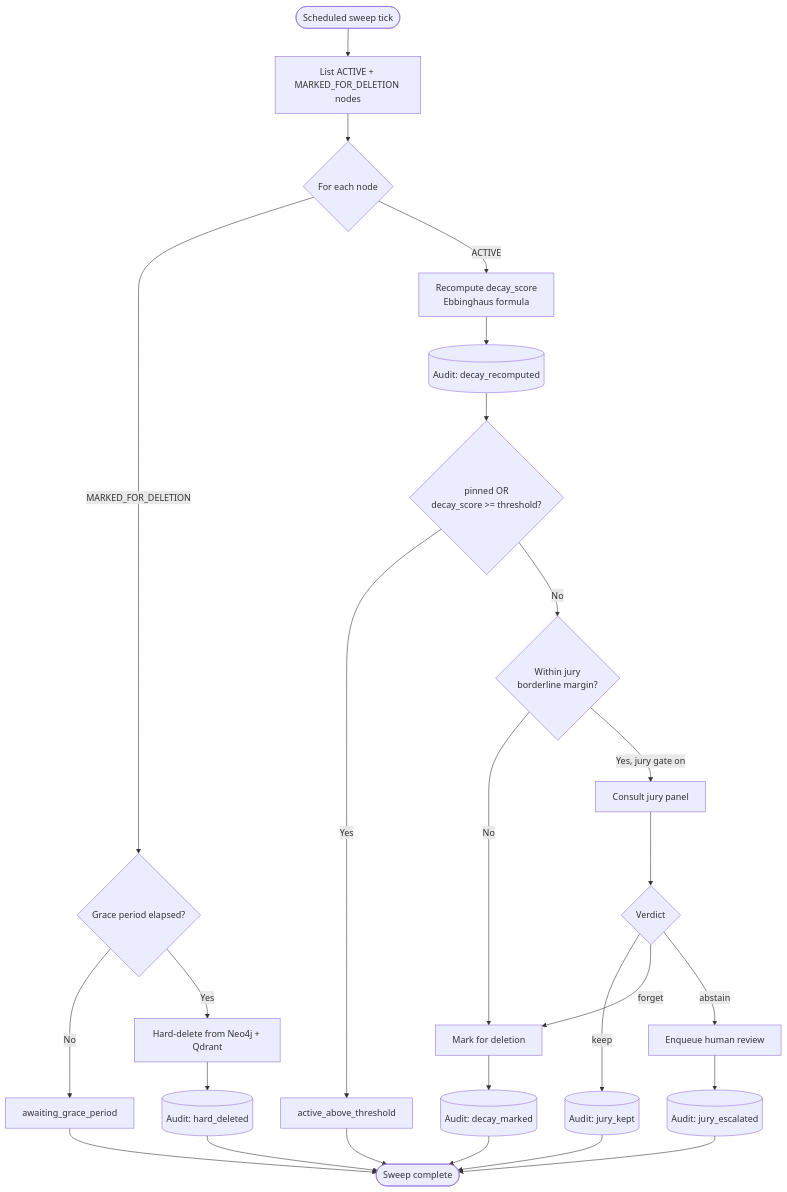
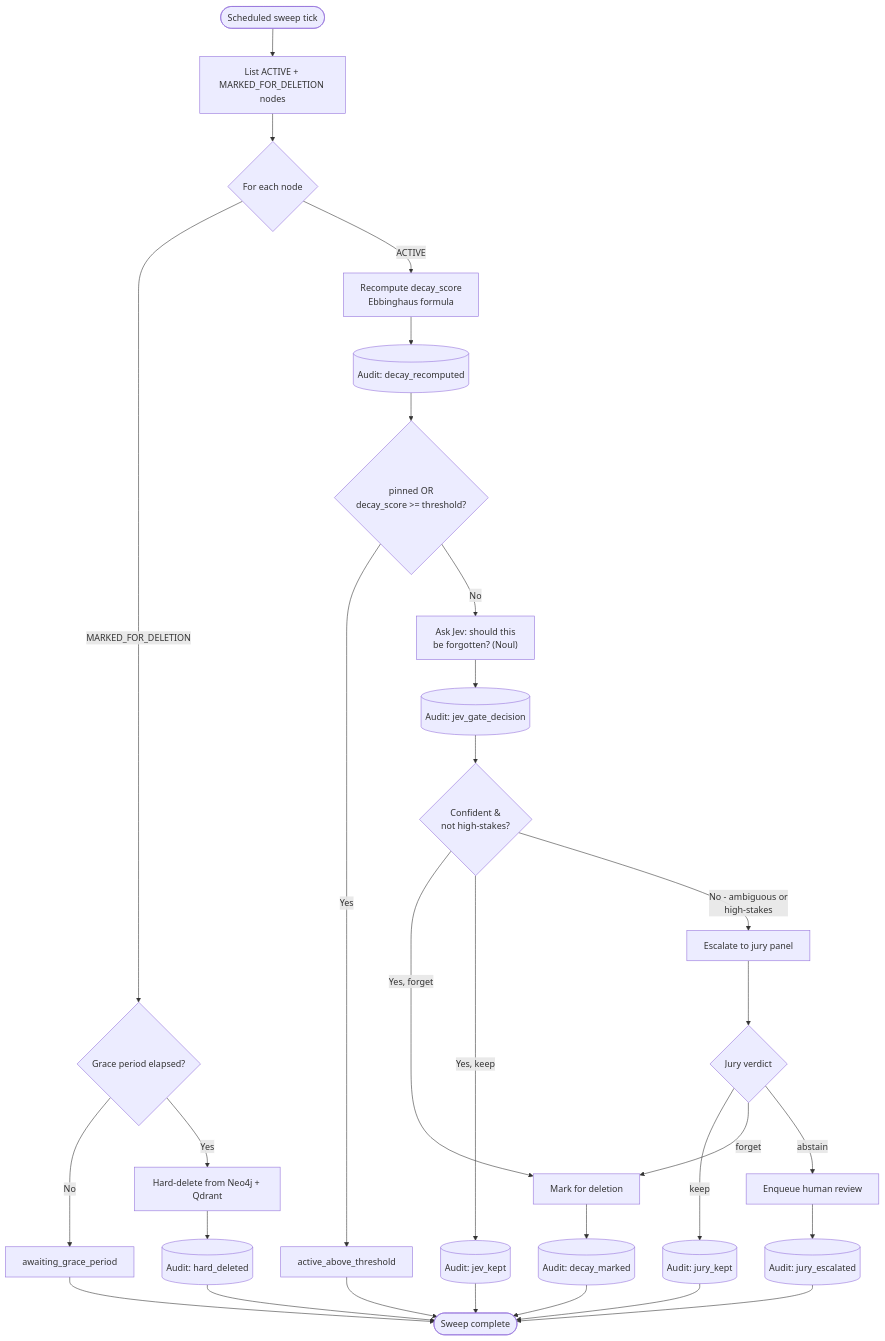
Before and after one commit to sehgalnamit/graphrag-selective-forgetting: the fourth of 6 diagrams in README.md, drawn with Mermaid. The commit also changed other lines of this file and 3 other files, not shown here.

````diff
--- a/README.md
+++ b/README.md
@@ -160,30 +165,34 @@
 ```mermaid
 flowchart TD
     START([Scheduled sweep tick]) --> LIST[List ACTIVE + MARKED_FOR_DELETION nodes]
     LIST --> EACH{For each node}
     EACH -->|MARKED_FOR_DELETION| GRACE{Grace period elapsed?}
     GRACE -->|No| SKIP1[awaiting_grace_period]
     GRACE -->|Yes| DEL[Hard-delete from Neo4j + Qdrant]
     DEL --> AUDIT1[(Audit: hard_deleted)]
 
     EACH -->|ACTIVE| COMPUTE[Recompute decay_score<br/>Ebbinghaus formula]
     COMPUTE --> AUDIT2[(Audit: decay_recomputed)]
     AUDIT2 --> PINCHK{pinned OR<br/>decay_score >= threshold?}
     PINCHK -->|Yes| KEEP[active_above_threshold]
-    PINCHK -->|No| BORDER{Within jury<br/>borderline margin?}
-    BORDER -->|No| MARK[Mark for deletion]
-    BORDER -->|Yes, jury gate on| JURY[Consult jury panel]
-    JURY --> VERDICT{Verdict}
+    PINCHK -->|No| JEVASK["Ask Jev: should this<br/>be forgotten? (Noul)"]
+    JEVASK --> AUDIT6[(Audit: jev_gate_decision)]
+    AUDIT6 --> JEVCONF{Confident &<br/>not high-stakes?}
+    JEVCONF -->|Yes, forget| MARK[Mark for deletion]
+    JEVCONF -->|Yes, keep| AUDIT7[(Audit: jev_kept)]
+    JEVCONF -->|No - ambiguous or<br/>high-stakes| JURY[Escalate to jury panel]
+    JURY --> VERDICT{Jury verdict}
     VERDICT -->|keep| AUDIT3[(Audit: jury_kept)]
     VERDICT -->|forget| MARK
     VERDICT -->|abstain| ESCALATE[Enqueue human review]
     ESCALATE --> AUDIT4[(Audit: jury_escalated)]
     MARK --> AUDIT5[(Audit: decay_marked)]
 
     AUDIT1 --> END([Sweep complete])
     AUDIT3 --> END
     AUDIT4 --> END
     AUDIT5 --> END
+    AUDIT7 --> END
     SKIP1 --> END
     KEEP --> END
 ```
````
